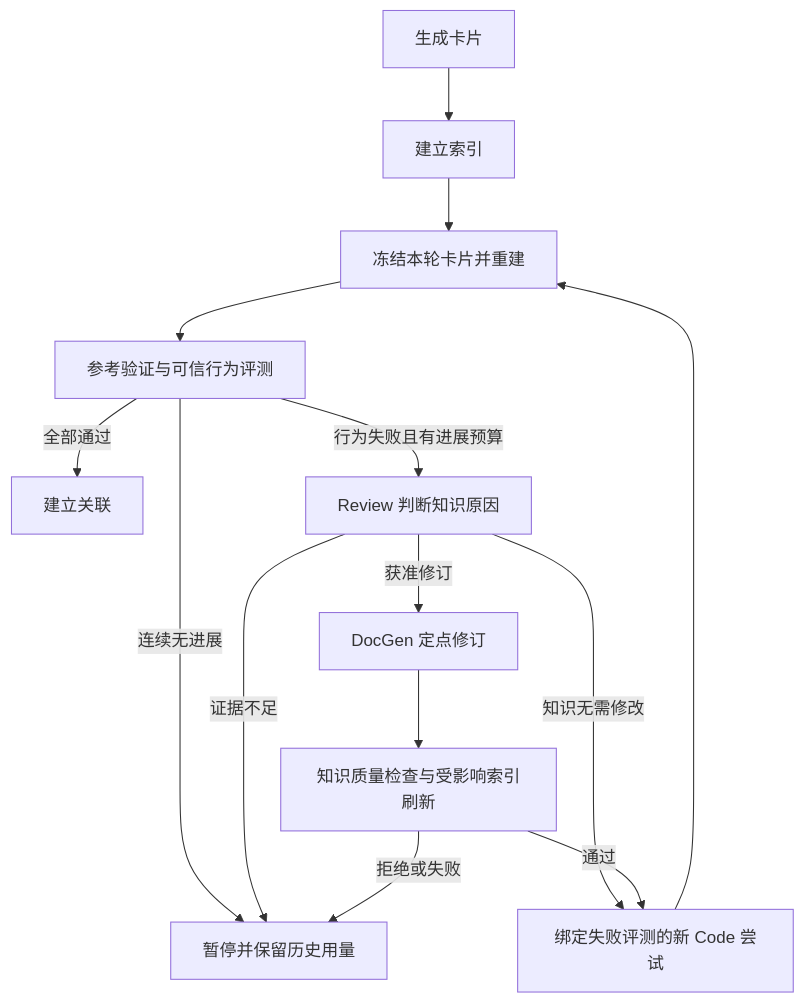
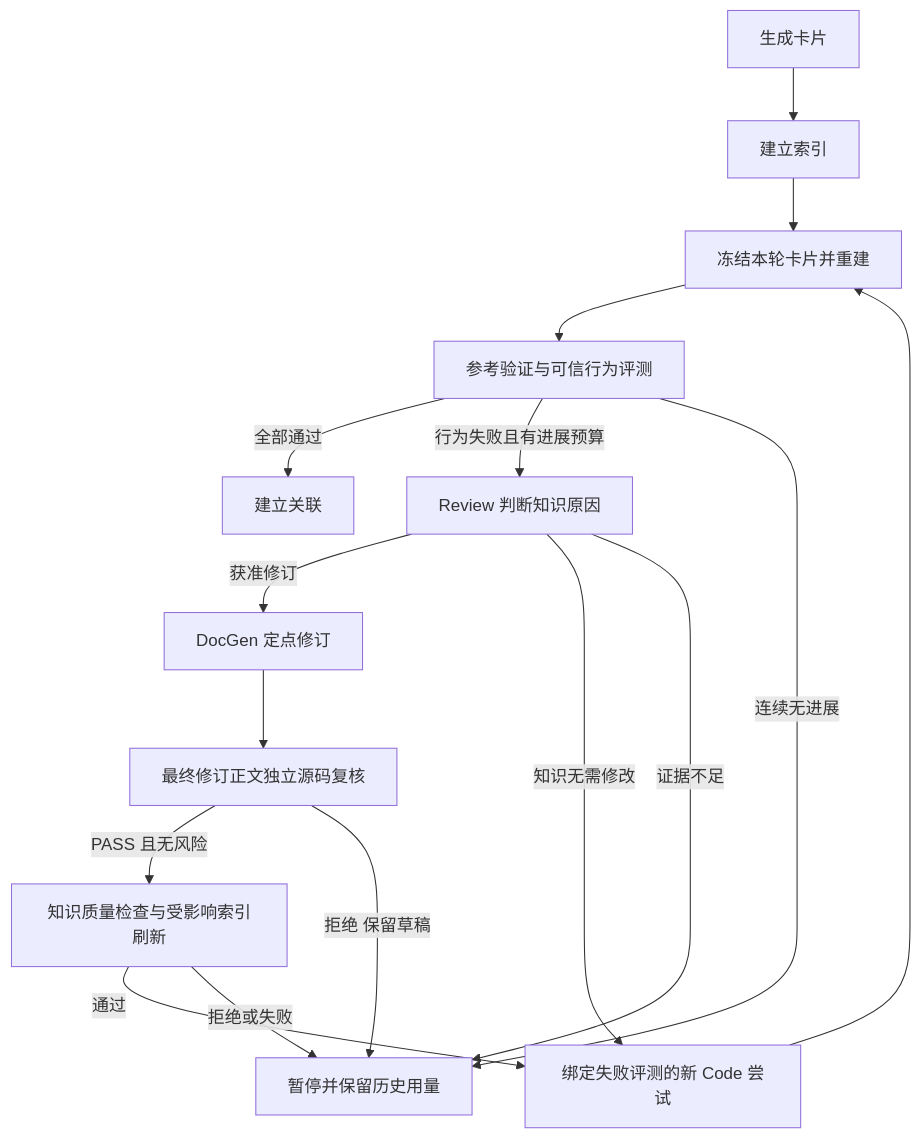
The diagram in docs/specs/domainFunction/services/workbench/Workbench.md (linlisWorkTeam/domain-knowledge), drawn with Mermaid before and after one commit. The commit also changed other lines of this file and 10 other files, not shown here.

````diff
--- a/docs/specs/domainFunction/services/workbench/Workbench.md
+++ b/docs/specs/domainFunction/services/workbench/Workbench.md
@@ -89,16 +89,18 @@
 ```mermaid
 flowchart TD
   Generate[生成卡片] --> Index[建立索引]
   Index --> Code[冻结本轮卡片并重建]
   Code --> Evaluate[参考验证与可信行为评测]
   Evaluate -->|全部通过| Associate[建立关联]
   Evaluate -->|行为失败且有进展预算| Review[Review 判断知识原因]
   Evaluate -->|连续无进展| Pause[暂停并保留历史用量]
   Review -->|获准修订| DocGen[DocGen 定点修订]
   Review -->|知识无需修改| Retry[绑定失败评测的新 Code 尝试]
   Review -->|证据不足| Pause
-  DocGen --> Quality[知识质量检查与受影响索引刷新]
+  DocGen --> SourceReview[最终修订正文独立源码复核]
+  SourceReview -->|PASS 且无风险| Quality[知识质量检查与受影响索引刷新]
+  SourceReview -->|拒绝 保留草稿| Pause
   Quality -->|通过| Retry
   Quality -->|拒绝或失败| Pause
   Retry --> Code
 ```
````
